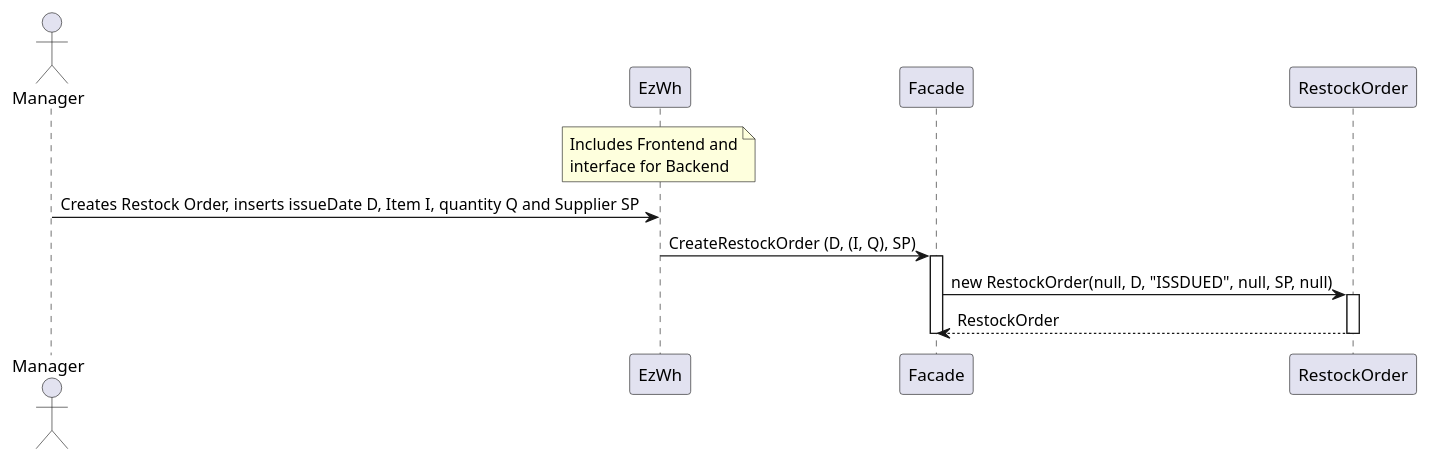
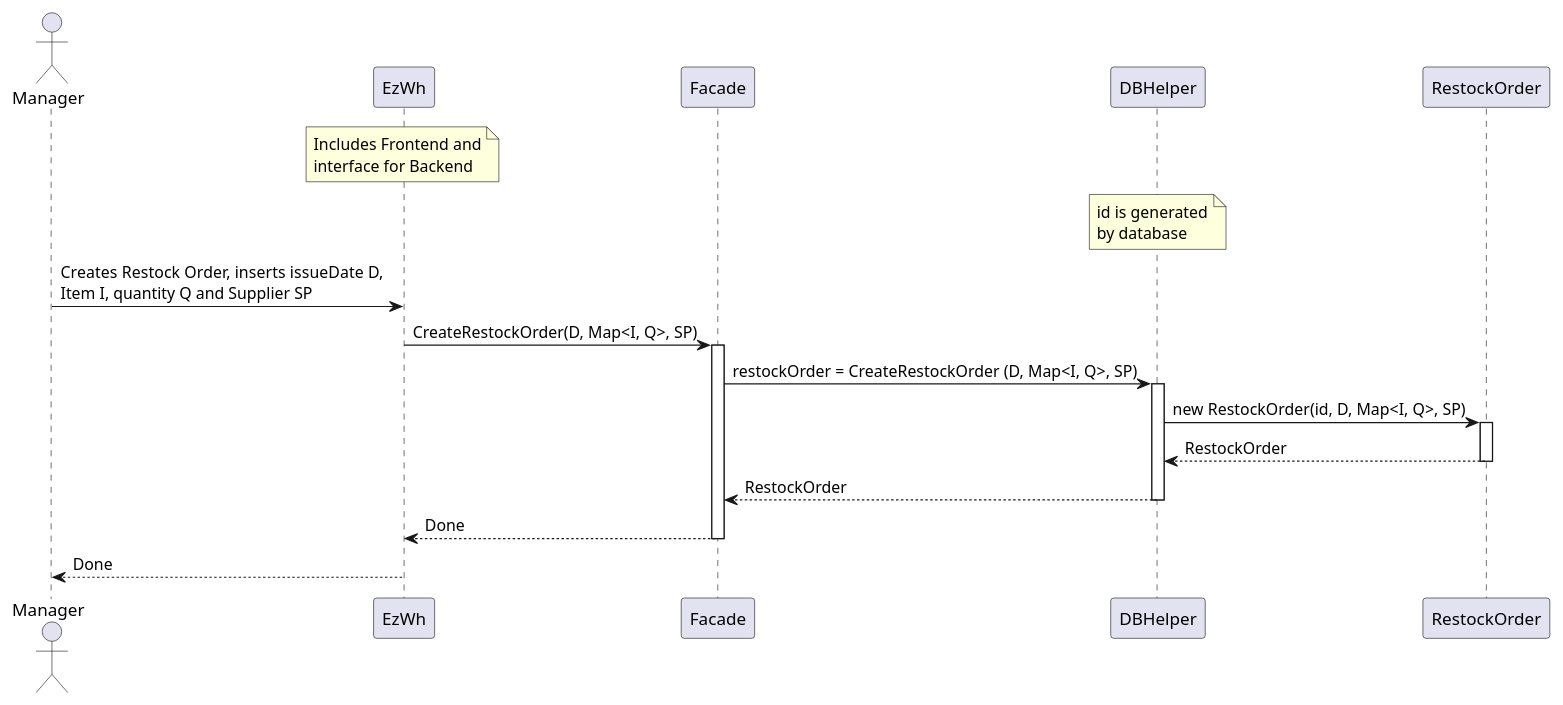
Before and after one commit to giuseppe-dandrea/EzWh: the seventh of 13 diagrams in DesignDocument.md, drawn with PlantUML. The commit also changed other lines of this file, not shown here.

````diff
--- a/DesignDocument.md
+++ b/DesignDocument.md
@@ -640,16 +640,24 @@
 ```plantuml
 actor Manager
 participant EzWh
 note over EzWh: Includes Frontend and\ninterface for Backend
 participant Facade
+participant DBHelper
+note over DBHelper: id is generated\nby database
 participant RestockOrder
 
-Manager -> EzWh: Creates Restock Order, inserts issueDate D, Item I, quantity Q and Supplier SP
-EzWh -> Facade: CreateRestockOrder (D, (I, Q), SP)
+Manager -> EzWh: Creates Restock Order, inserts issueDate D,\nItem I, quantity Q and Supplier SP
+EzWh -> Facade: CreateRestockOrder(D, Map<I, Q>, SP)
 activate Facade
-Facade -> RestockOrder: new RestockOrder(null, D, "ISSDUED", null, SP, null)
+Facade -> DBHelper: restockOrder = CreateRestockOrder (D, Map<I, Q>, SP)
+activate DBHelper
+DBHelper -> RestockOrder: new RestockOrder(id, D, Map<I, Q>, SP)
 activate RestockOrder
-RestockOrder --> Facade: RestockOrder
-deactivate RestockOrder
+RestockOrder --> DBHelper: RestockOrder
+Deactivate RestockOrder
+DBHelper --> Facade: RestockOrder
+deactivate DBHelper
+Facade --> EzWh: Done
 deactivate Facade
+EzWh --> Manager: Done
 ```
````
